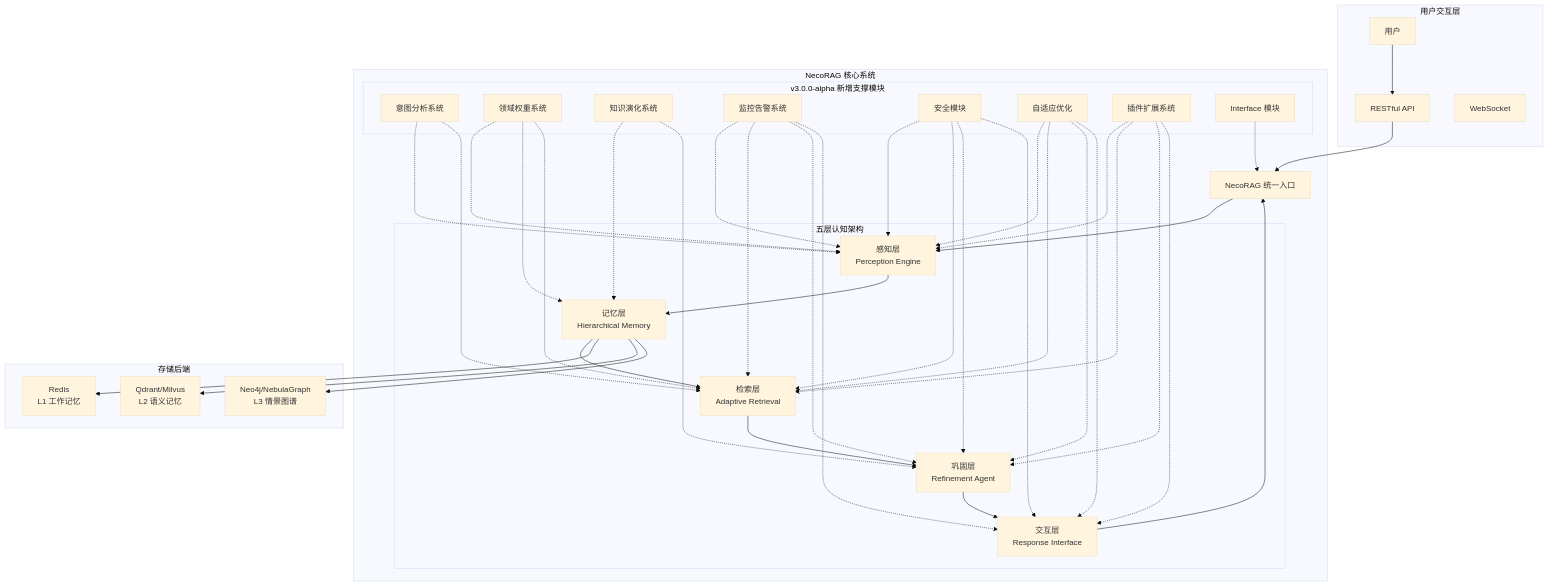
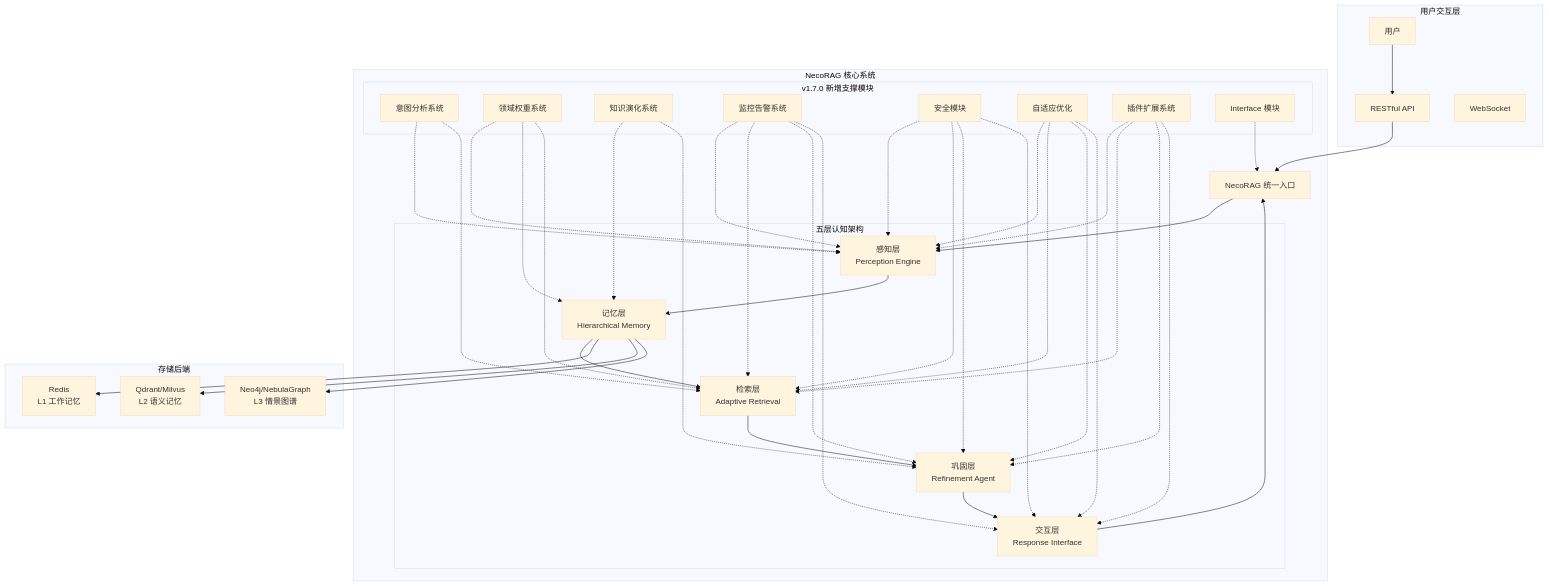
One commit to JieGaoPrinceton/NecoRAG changed the first of 10 diagrams in .qoder/repowiki/zh/content/项目概述/项目概述.md. Above: the diagram before and after it, drawn with Mermaid (base theme). The commit also changed other lines of this file and 6 other files, not shown here.

````diff
--- a/.qoder/repowiki/zh/content/项目概述/项目概述.md
+++ b/.qoder/repowiki/zh/content/项目概述/项目概述.md
@@ -75,46 +75,46 @@
 ```mermaid
 graph TB
 subgraph "用户交互层"
 U["用户"]
 API["RESTful API"]
 WS["WebSocket"]
 end
 subgraph "NecoRAG 核心系统"
 NR["NecoRAG 统一入口"]
 subgraph "五层认知架构"
 L1["感知层<br/>Perception Engine"]
 L2["记忆层<br/>Hierarchical Memory"]
 L3["检索层<br/>Adaptive Retrieval"]
 L4["巩固层<br/>Refinement Agent"]
 L5["交互层<br/>Response Interface"]
 end
-subgraph "v3.0.0-alpha 新增支撑模块"
+subgraph "v1.7.0 新增支撑模块"
 INT["意图分析系统"]
 DOM["领域权重系统"]
 KE["知识演化系统"]
 MON["监控告警系统"]
 SEC["安全模块"]
 ADP["自适应优化"]
 PLG["插件扩展系统"]
 IFACE["Interface 模块"]
 end
 end
 subgraph "存储后端"
 RDS["Redis<br/>L1 工作记忆"]
 QDR["Qdrant/Milvus<br/>L2 语义记忆"]
 NEO["Neo4j/NebulaGraph<br/>L3 情景图谱"]
 end
 U --> API
 API --> NR
 NR --> L1 --> L2 --> L3 --> L4 --> L5
 L5 --> NR
 INT -.-> L1 & L3
 DOM -.-> L1 & L2 & L3
 KE -.-> L2 & L4
 MON -.-> L1 & L3 & L4 & L5
 SEC -.-> L1 & L3 & L4 & L5
 ADP -.-> L1 & L3 & L4 & L5
 PLG -.-> L1 & L3 & L4 & L5
 IFACE -.-> NR
 L2 --> RDS & QDR & NEO
 ```
````
